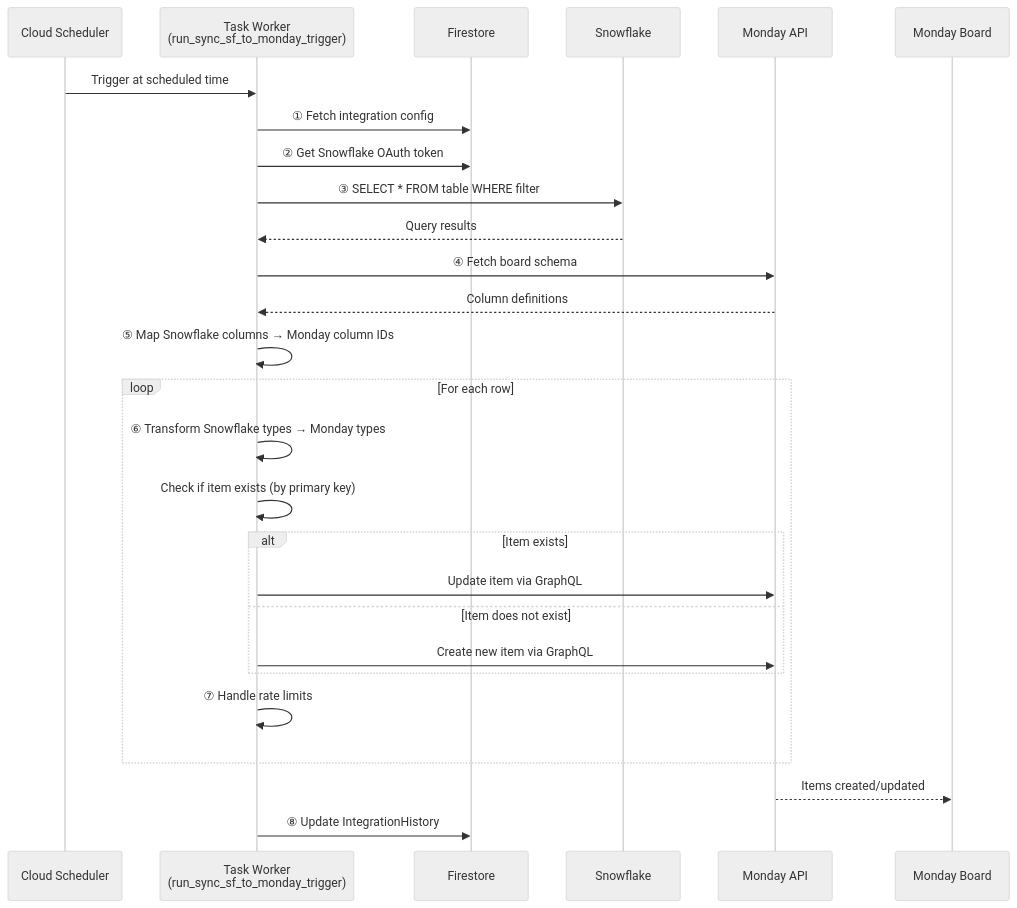
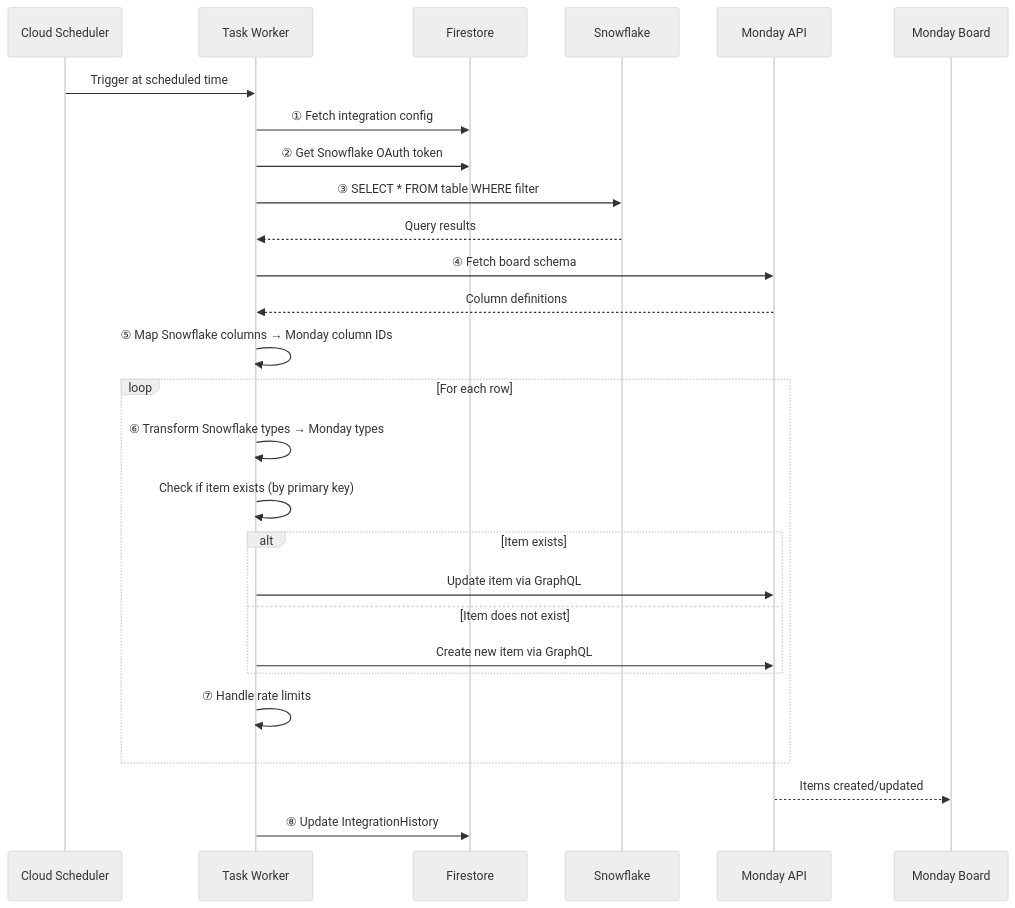
Before and after one commit to expressintegrations/monday-snowflake-docs: the fifth of 7 diagrams in INTEGRATION_OVERVIEW.md, drawn with Mermaid (neutral theme). The commit also changed other lines of this file, not shown here.

Commit message:
Enhance integration documentation with updated architecture, capabilities, and support sections

````diff
--- a/INTEGRATION_OVERVIEW.md
+++ b/INTEGRATION_OVERVIEW.md
@@ -203,37 +206,37 @@
 ```mermaid
 sequenceDiagram
     participant Scheduler as Cloud Scheduler
-    participant Worker as Task Worker<br/>(run_sync_sf_to_monday_trigger)
+    participant Worker as Task Worker
     participant FS as Firestore
     participant SF as Snowflake
     participant Monday as Monday API
     participant Board as Monday Board
 
     Scheduler->>Worker: Trigger at scheduled time
     Worker->>FS: ① Fetch integration config
     Worker->>FS: ② Get Snowflake OAuth token
 
     Worker->>SF: ③ SELECT * FROM table WHERE filter
     SF-->>Worker: Query results
 
     Worker->>Monday: ④ Fetch board schema
     Monday-->>Worker: Column definitions
 
     Worker->>Worker: ⑤ Map Snowflake columns → Monday column IDs
 
     loop For each row
         Worker->>Worker: ⑥ Transform Snowflake types → Monday types
         Worker->>Worker: Check if item exists (by primary key)
 
         alt Item exists
             Worker->>Monday: Update item via GraphQL
         else Item does not exist
             Worker->>Monday: Create new item via GraphQL
         end
 
         Worker->>Worker: ⑦ Handle rate limits
     end
 
     Monday-->>Board: Items created/updated
     Worker->>FS: ⑧ Update IntegrationHistory
 ```
````
